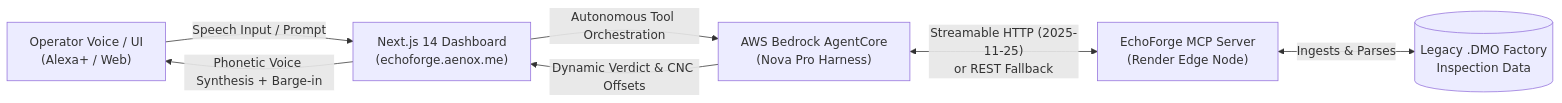
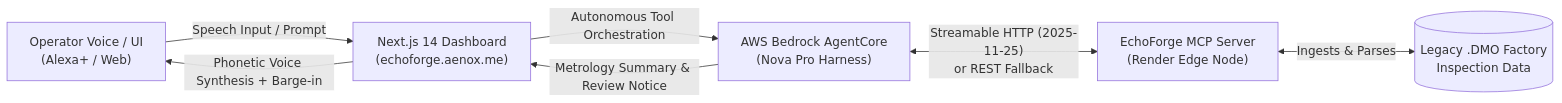
Before and after one commit to Ilyan321/alexa-plus-hackathon: the diagram in README.md, drawn with Mermaid. The commit also changed other lines of this file and 1 other file, not shown here.

````diff
--- a/README.md
+++ b/README.md
@@ -41,9 +44,9 @@
 ```mermaid
 flowchart LR
     A["Operator Voice / UI<br/>(Alexa+ / Web)"] -->|"Speech Input / Prompt"| B["Next.js 14 Dashboard<br/>(echoforge.aenox.me)"]
     B -->|"Autonomous Tool Orchestration"| C["AWS Bedrock AgentCore<br/>(Nova Pro Harness)"]
     C <-->|"Streamable HTTP (2025-11-25)<br/>or REST Fallback"| D["EchoForge MCP Server<br/>(Render Edge Node)"]
     D <-->|"Ingests & Parses"| E[("Legacy .DMO Factory<br/>Inspection Data")]
-    C -->|"Dynamic Verdict & CNC Offsets"| B
+    C -->|"Metrology Summary & Review Notice"| B
     B -->|"Phonetic Voice Synthesis + Barge-in"| A
 ```
````
